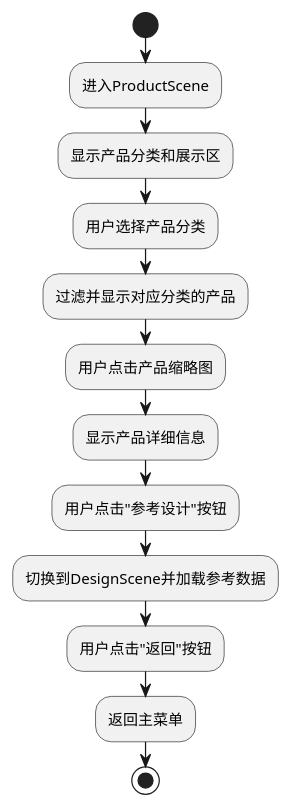
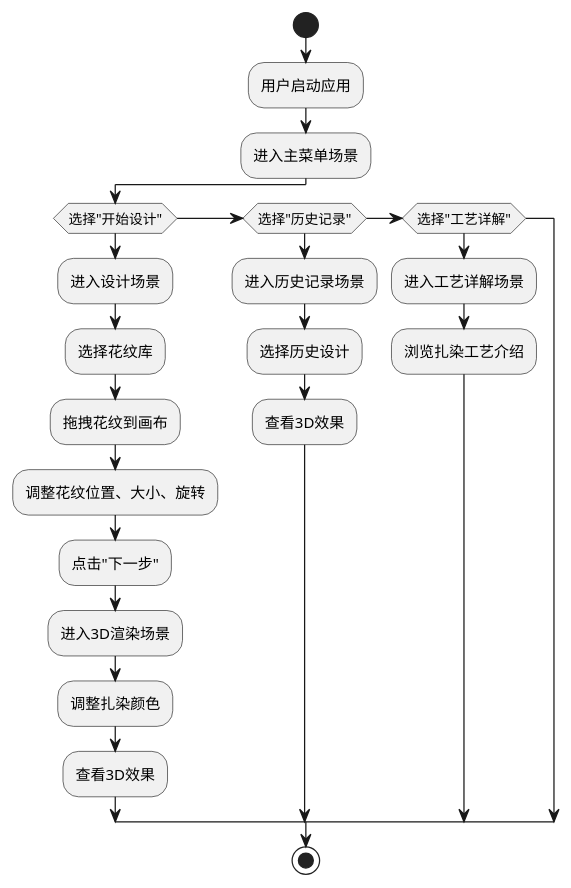
One commit to eeeedddduuuu/TieDyeGit changed the eighth of 9 diagrams in Assets/Report/系统设计报告.md. Above: the diagram before and after it, drawn with PlantUML. The commit also changed other lines of this file and 20 other files, not shown here.

````diff
--- a/Assets/Report/系统设计报告.md
+++ b/Assets/Report/系统设计报告.md
@@ -264,16 +260,28 @@
 ```plantuml
 @startuml
 start
-:进入ProductScene;
-:显示产品分类和展示区;
-:用户选择产品分类;
-:过滤并显示对应分类的产品;
-:用户点击产品缩略图;
-:显示产品详细信息;
-:用户点击"参考设计"按钮;
-:切换到DesignScene并加载参考数据;
-:用户点击"返回"按钮;
-:返回主菜单;
+
+:用户启动应用;
+:进入主菜单场景;
+
+if (选择"开始设计")
+    :进入设计场景;
+    :选择花纹库;
+    :拖拽花纹到画布;
+    :调整花纹位置、大小、旋转;
+    :点击"下一步";
+    :进入3D渲染场景;
+    :调整扎染颜色;
+    :查看3D效果;
+elseif (选择"历史记录")
+    :进入历史记录场景;
+    :选择历史设计;
+    :查看3D效果;
+elseif (选择"工艺详解")
+    :进入工艺详解场景;
+    :浏览扎染工艺介绍;
+endif
+
 stop
 @enduml
 ```
````
